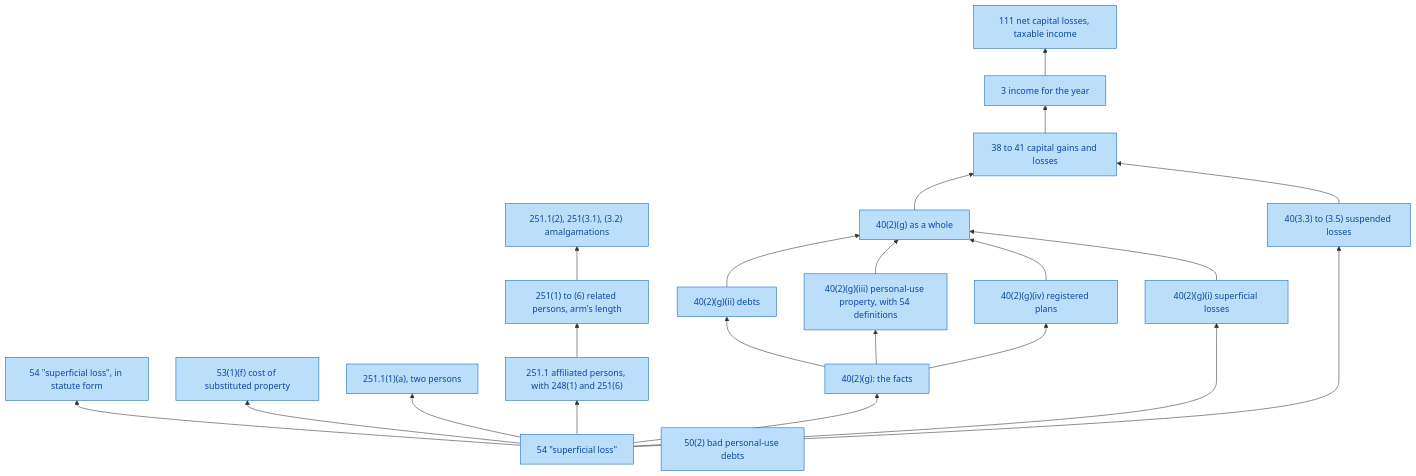
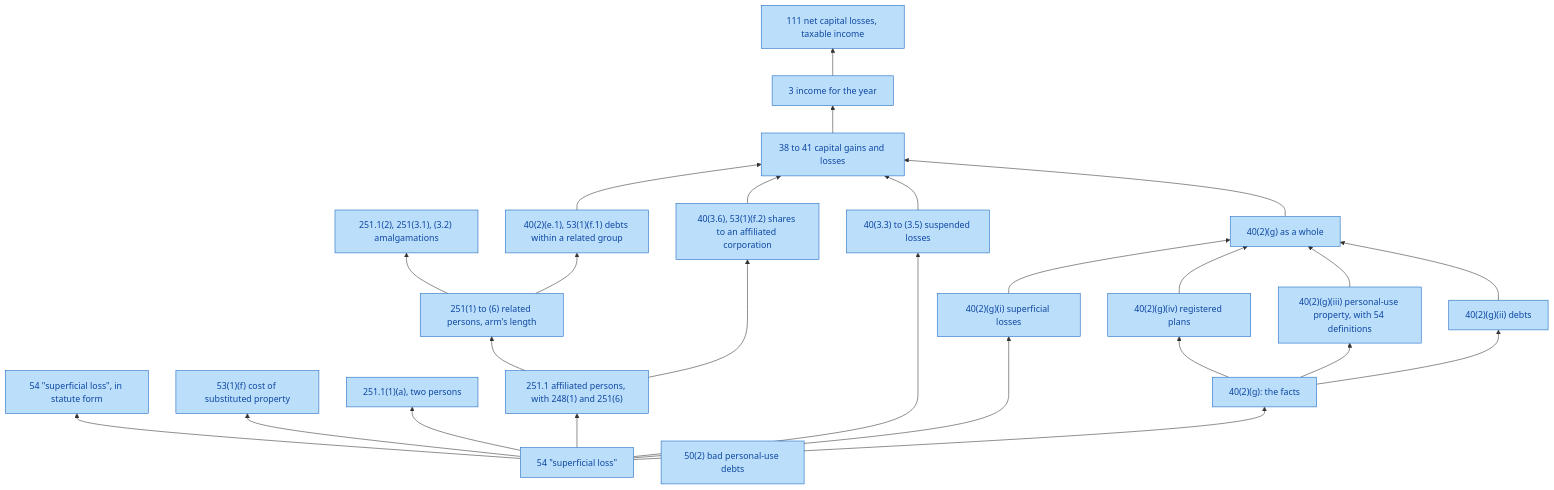
The diagram in docs/graphs/provisions.md (SeanWMurray/Canteen), drawn with Mermaid before and after one commit. The commit also changed 20 other files, not shown here.

````diff
--- a/docs/graphs/provisions.md
+++ b/docs/graphs/provisions.md
@@ -7,42 +7,48 @@
 ```mermaid
 flowchart BT
   v0["54 #quot;superficial loss#quot;"]:::prov
   v1["40(2)(g)(i) superficial losses"]:::prov
   v2["54 #quot;superficial loss#quot;, in statute form"]:::prov
   v3["53(1)(f) cost of substituted property"]:::prov
   v4["251.1(1)(a), two persons"]:::prov
   v5["251.1 affiliated persons, with 248(1) and 251(6)"]:::prov
   v6["251(1) to (6) related persons, arm's length"]:::prov
   v7["251.1(2), 251(3.1), (3.2) amalgamations"]:::prov
   v8["40(2)(g): the facts"]:::prov
   v9["40(2)(g)(ii) debts"]:::prov
   v10["40(2)(g)(iii) personal-use property, with 54 definitions"]:::prov
   v11["40(2)(g)(iv) registered plans"]:::prov
   v12["40(2)(g) as a whole"]:::prov
   v13["40(3.3) to (3.5) suspended losses"]:::prov
-  v14["38 to 41 capital gains and losses"]:::prov
-  v15["3 income for the year"]:::prov
-  v16["111 net capital losses, taxable income"]:::prov
-  v17["50(2) bad personal-use debts"]:::prov
+  v14["40(3.6), 53(1)(f.2) shares to an affiliated corporation"]:::prov
+  v15["40(2)(e.1), 53(1)(f.1) debts within a related group"]:::prov
+  v16["38 to 41 capital gains and losses"]:::prov
+  v17["3 income for the year"]:::prov
+  v18["111 net capital losses, taxable income"]:::prov
+  v19["50(2) bad personal-use debts"]:::prov
   v0 --> v1
   v0 --> v2
   v0 --> v3
   v0 --> v4
   v0 --> v5
   v5 --> v6
   v6 --> v7
   v0 --> v8
   v8 --> v9
   v8 --> v10
   v8 --> v11
   v9 --> v12
   v10 --> v12
   v11 --> v12
   v1 --> v12
   v0 --> v13
-  v12 --> v14
-  v13 --> v14
-  v14 --> v15
+  v5 --> v14
+  v6 --> v15
+  v12 --> v16
+  v13 --> v16
+  v14 --> v16
   v15 --> v16
+  v16 --> v17
+  v17 --> v18
   classDef prov fill:#bbdefb,stroke:#1565c0,color:#0d47a1
 ```
````
